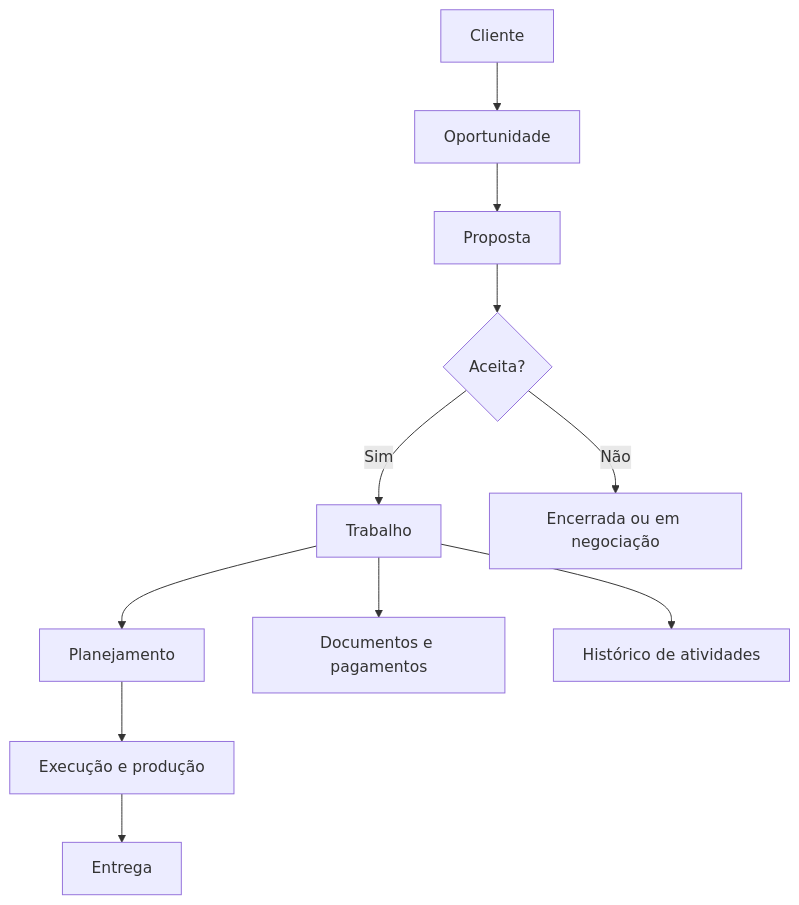
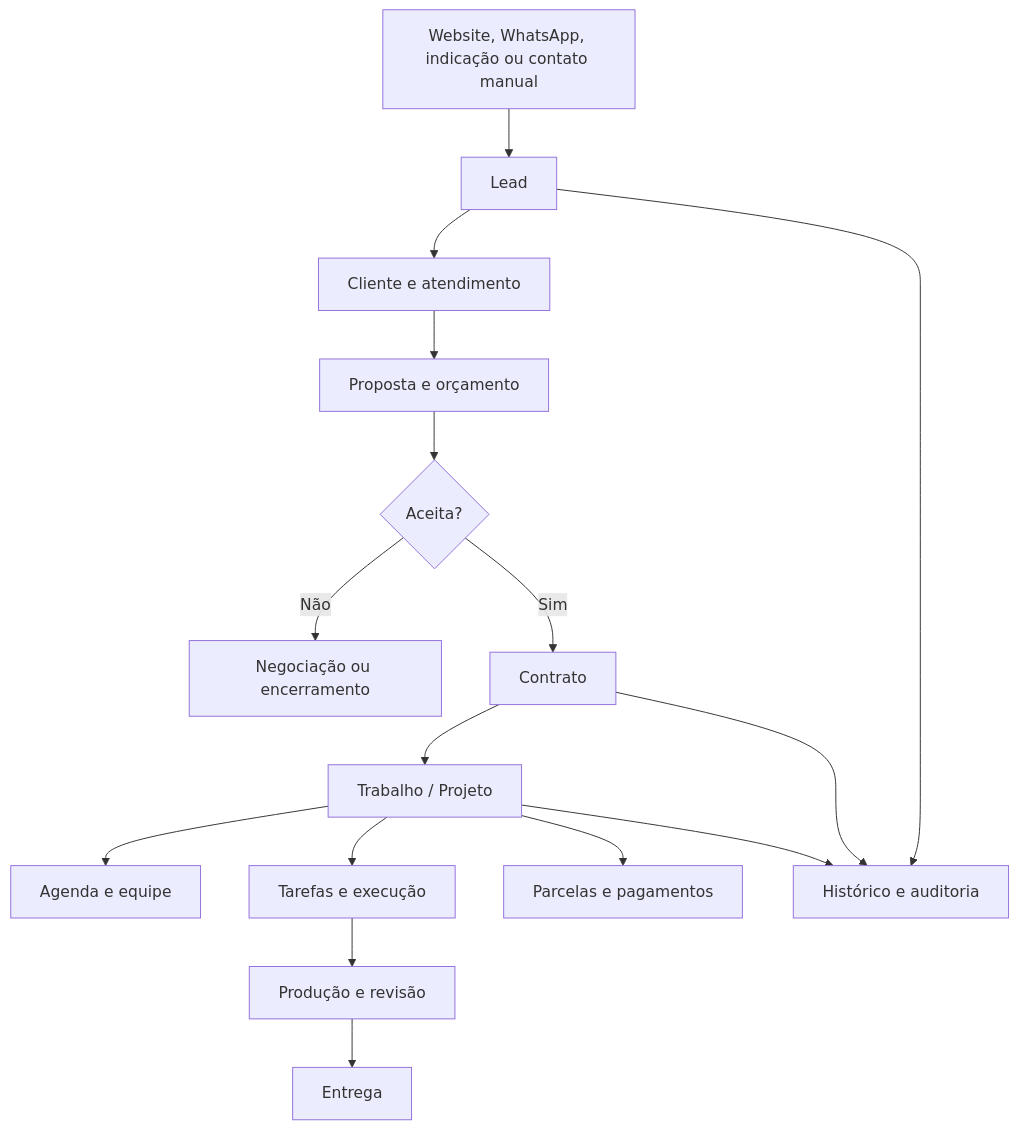
Before and after one commit to NathanCruzOficial/photohub: the diagram in docs/03-modelo-de-dominio.md, drawn with Mermaid. The commit also changed other lines of this file, not shown here.

```diff
--- a/docs/03-modelo-de-dominio.md
+++ b/docs/03-modelo-de-dominio.md
@@ -45,13 +56,18 @@
 ~~~mermaid
 flowchart TD
-    A[Cliente] --> B[Oportunidade]
-    B --> C[Proposta]
-    C --> D{Aceita?}
-    D -->|Sim| E[Trabalho]
-    D -->|Não| F[Encerrada ou em negociação]
-    E --> G[Planejamento]
-    G --> H[Execução e produção]
-    H --> I[Entrega]
-    E --> J[Documentos e pagamentos]
-    E --> K[Histórico de atividades]
+    A[Website, WhatsApp, indicação ou contato manual] --> B[Lead]
+    B --> C[Cliente e atendimento]
+    C --> D[Proposta e orçamento]
+    D --> E{Aceita?}
+    E -->|Não| F[Negociação ou encerramento]
+    E -->|Sim| G[Contrato]
+    G --> H[Trabalho / Projeto]
+    H --> I[Agenda e equipe]
+    H --> J[Tarefas e execução]
+    J --> K[Produção e revisão]
+    K --> L[Entrega]
+    H --> M[Parcelas e pagamentos]
+    B --> N[Histórico e auditoria]
+    G --> N
+    H --> N
 ~~~
```
